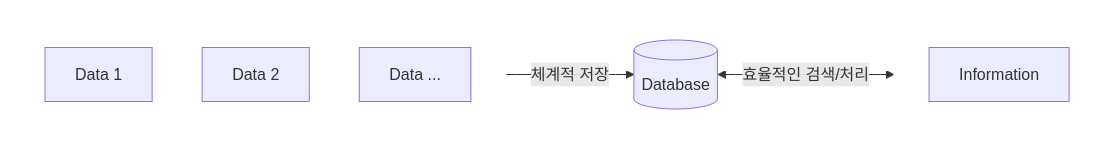
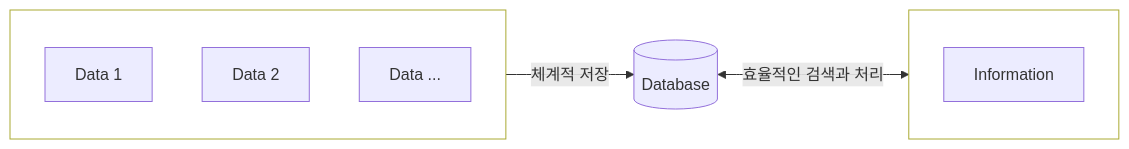
Before and after one commit to myPlutoZone/com.plutozone.knowledge: the first of 13 diagrams in com/plutozone/knowledge/database/README.md, drawn with Mermaid. The commit also changed other lines of this file and 20 other files, not shown here.

````diff
--- a/com/plutozone/knowledge/database/README.md
+++ b/com/plutozone/knowledge/database/README.md
@@ -26,20 +26,20 @@
 ```mermaid
 flowchart LR
-subgraph D[" "]
+subgraph Data[" "]
 	A1["Data 1"]
 	A2["Data 2"]
 	A3["Data ..."]
 end
 
 DB[(Database)]
 
-subgraph I[" "]
+subgraph Informaiton[" "]
 	I1["Information"]
 end
 
-D -- "체계적 저장" --> DB
-DB <-- "효율적인 검색/처리" --> I
+Data -- "체계적 저장" --> DB
+DB <-- "효율적인 검색과 처리" --> Informaiton
 
-style D fill:#ffffff,stroke:#ffffff
-style I fill:#ffffff,stroke:#ffffff
+style Data fill:#ffffff,stroke:#00
+style Informaiton fill:#ffffff,stroke:#00
 ```
````
